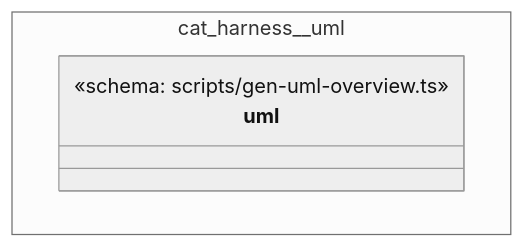
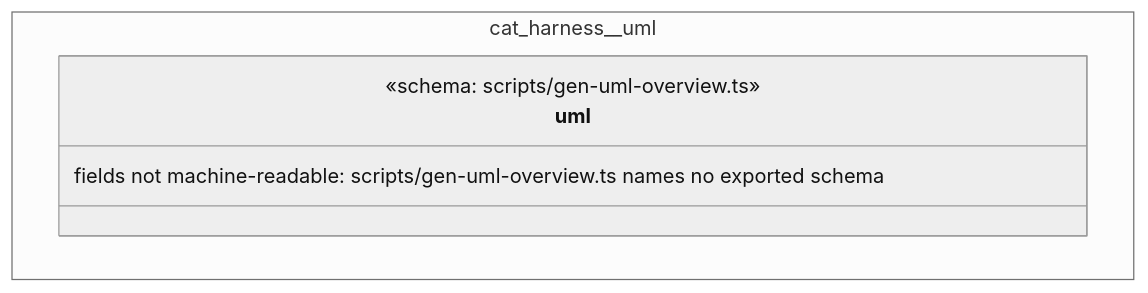
Before and after one commit to litlfred/folio-assistant: the diagram in cat-harness/docs/uml/overview/cat-harness/uml.md, drawn with Mermaid (neutral theme). The commit also changed 181 other files, not shown here.

First line of the commit message:
UML: full object model on the overview page; no empty class boxes

````diff
--- a/cat-harness/docs/uml/overview/cat-harness/uml.md
+++ b/cat-harness/docs/uml/overview/cat-harness/uml.md
@@ -29,10 +29,11 @@
 ```mermaid
 classDiagram
   direction TB
   namespace cat_harness__uml {
     class cat_harness_uml_uml_shape["uml"] {
       <<schema: scripts/gen-uml-overview.ts>>
+      fields not machine-readable: scripts/gen-uml-overview.ts names no exported schema
     }
   }
   cssClass "cat_harness_uml_uml_shape" fa_uml_kind_uml
 ```
````
